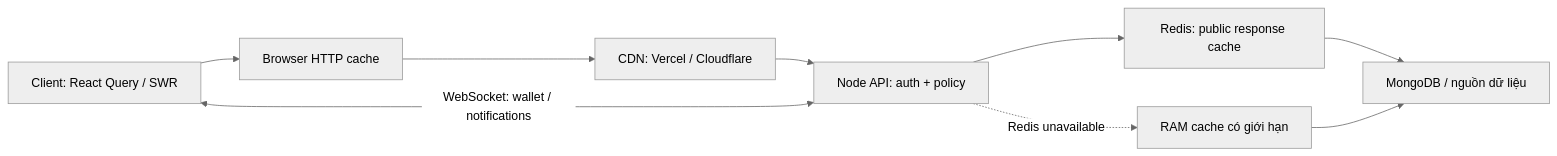
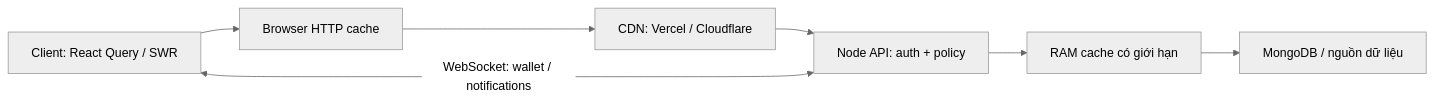
One commit to Hugo-huy2004/BAOGIA changed the diagram in docs/cache-architecture.md. Above: the diagram before and after it, drawn with Mermaid (neutral theme). The commit also changed other lines of this file and 66 other files, not shown here.

````diff
--- a/docs/cache-architecture.md
+++ b/docs/cache-architecture.md
@@ -3,11 +3,9 @@
 ```mermaid
 flowchart LR
   U[Client: React Query / SWR] --> H[Browser HTTP cache]
   H --> E[CDN: Vercel / Cloudflare]
   E --> N[Node API: auth + policy]
-  N --> R[Redis: public response cache]
-  R --> D[MongoDB / nguồn dữ liệu]
-  N -. Redis unavailable .-> M[RAM cache có giới hạn]
-  M --> D
+  N --> M[RAM cache có giới hạn]
+  M --> D[MongoDB / nguồn dữ liệu]
   N <-->|WebSocket: wallet / notifications| U
 ```
````
